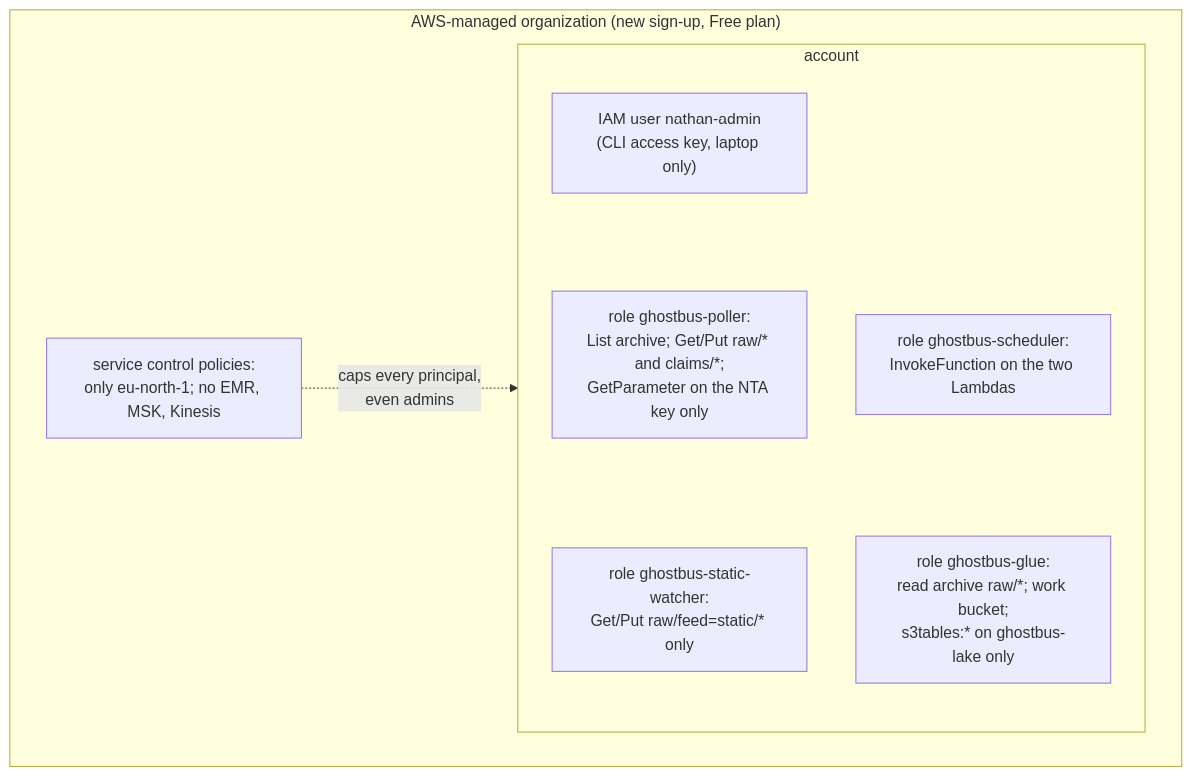
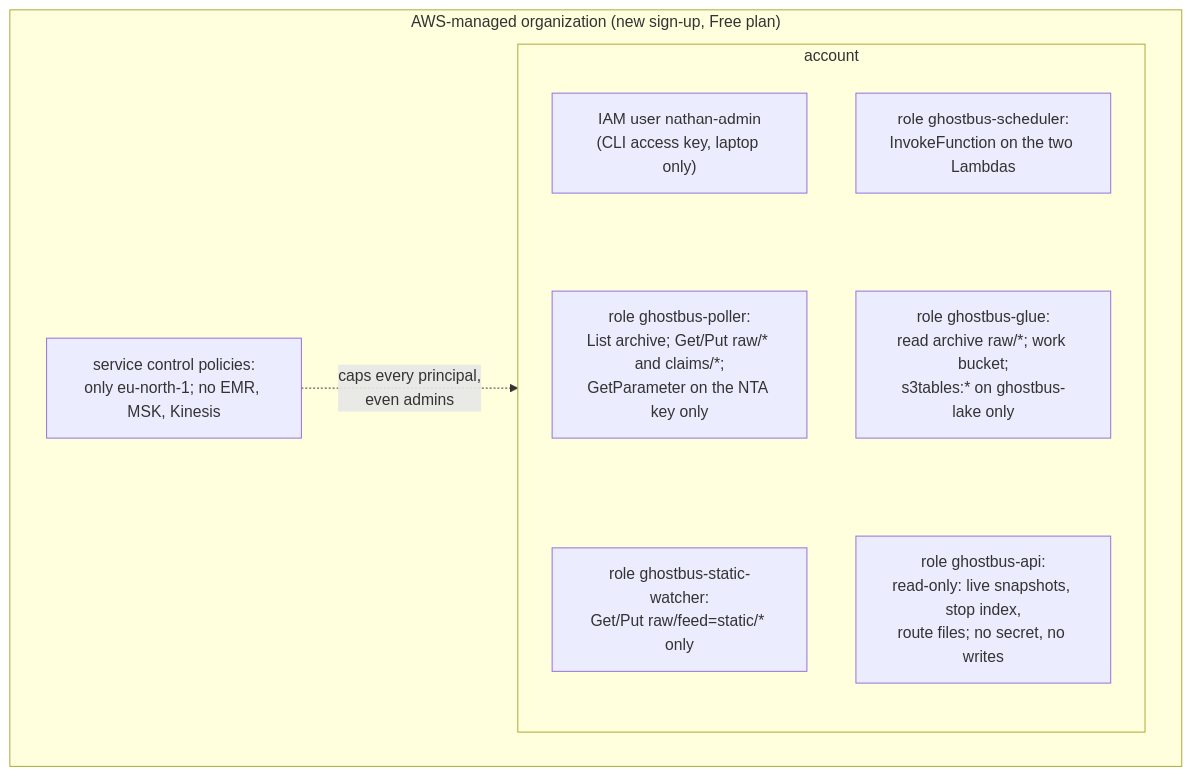
One commit to IronNathanAlvares/ghost-bus-radar changed the fifth of 7 diagrams in docs/diagrams/06-cloud.md. Above: the diagram before and after it, drawn with Mermaid. The commit also changed other lines of this file and 29 other files, not shown here.

First line of the commit message:
"Will my bus come?" API (roadmap 2.3, ADR-0012)

````diff
--- a/docs/diagrams/06-cloud.md
+++ b/docs/diagrams/06-cloud.md
@@ -97,16 +161,17 @@
 ```mermaid
 flowchart TB
     subgraph ORG["AWS-managed organization (new sign-up, Free plan)"]
         SCP["service control policies:<br/>only eu-north-1; no EMR, MSK, Kinesis"]
         subgraph ACCT["account <account-id>"]
             ME["IAM user nathan-admin<br/>(CLI access key, laptop only)"]
             RP["role ghostbus-poller:<br/>List archive; Get/Put raw/* and claims/*;<br/>GetParameter on the NTA key only"]
             RW["role ghostbus-static-watcher:<br/>Get/Put raw/feed=static/* only"]
             RS["role ghostbus-scheduler:<br/>InvokeFunction on the two Lambdas"]
             RG["role ghostbus-glue:<br/>read archive raw/*; work bucket;<br/>s3tables:* on ghostbus-lake only"]
+            RA["role ghostbus-api:<br/>read-only: live snapshots, stop index,<br/>route files; no secret, no writes"]
             ME ~~~ RP ~~~ RW
-            RS ~~~ RG
+            RS ~~~ RG ~~~ RA
         end
     end
     SCP -.->|"caps every principal,<br/>even admins"| ACCT
 ```
````
